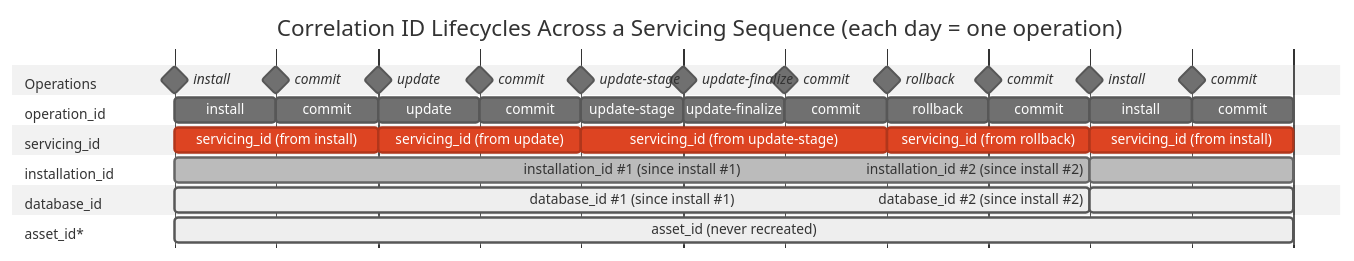
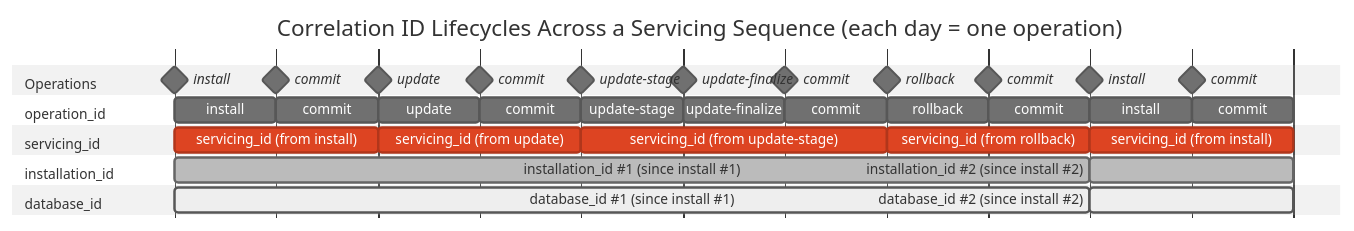
One commit to microsoft/trident changed the diagram in docs/Reference/Telemetry.md. Above: the diagram before and after it, drawn with Mermaid (neutral theme). The commit also changed other lines of this file, not shown here.

Commit message:
docs: remove asset_id from correlation ID lifecycle diagram

````diff
--- a/docs/Reference/Telemetry.md
+++ b/docs/Reference/Telemetry.md
@@ -91,51 +91,48 @@
 ```mermaid
 %%{init: {'gantt': {'displayMode': 'compact', 'leftPadding': 130}}}%%
 gantt
     dateFormat  YYYY-MM-DD
     axisFormat  
     title Correlation ID Lifecycles Across a Servicing Sequence (each day = one operation)
 
     section Operations
     install            :milestone, m1, 2024-01-01, 0d
     commit             :milestone, m2, 2024-01-02, 0d
     update             :milestone, m3, 2024-01-03, 0d
     commit             :milestone, m4, 2024-01-04, 0d
     update-stage       :milestone, m5, 2024-01-05, 0d
     update-finalize    :milestone, m6, 2024-01-06, 0d
     commit             :milestone, m7, 2024-01-07, 0d
     rollback           :milestone, m8, 2024-01-08, 0d
     commit             :milestone, m9, 2024-01-09, 0d
     install            :milestone, m10, 2024-01-10, 0d
     commit             :milestone, m11, 2024-01-11, 0d
 
     section operation_id
     install         :o1, 2024-01-01, 1d
     commit          :o2, 2024-01-02, 1d
     update          :o3, 2024-01-03, 1d
     commit          :o4, 2024-01-04, 1d
     update-stage    :o5, 2024-01-05, 1d
     update-finalize :o6, 2024-01-06, 1d
     commit          :o7, 2024-01-07, 1d
     rollback        :o8, 2024-01-08, 1d
     commit          :o9, 2024-01-09, 1d
     install         :o10, 2024-01-10, 1d
     commit          :o11, 2024-01-11, 1d
 
     section servicing_id
     servicing_id (from install)           :crit, sid1, 2024-01-01, 2d
     servicing_id (from update)            :crit, sid2, 2024-01-03, 2d
     servicing_id (from update-stage)      :crit, sid3, 2024-01-05, 3d
     servicing_id (from rollback)          :crit, sid4, 2024-01-08, 2d
     servicing_id (from install)           :crit, sid5, 2024-01-10, 2d
 
     section installation_id
     installation_id #1 (since install #1) :done, inst1, 2024-01-01, 9d
     installation_id #2 (since install #2) :done, inst2, 2024-01-10, 2d
 
     section database_id
     database_id #1 (since install #1)     :active, db1, 2024-01-01, 9d
     database_id #2 (since install #2)     :active, db2, 2024-01-10, 2d
-
-    section asset_id*
-    asset_id (never recreated)            :active, done, asset1, 2024-01-01, 11d
 ```
````
